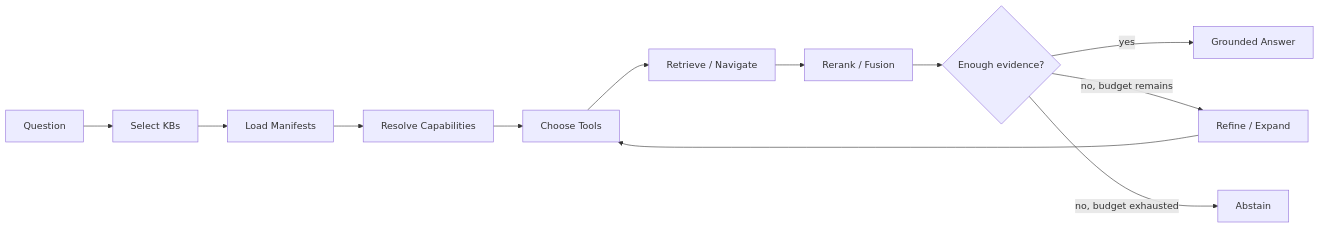
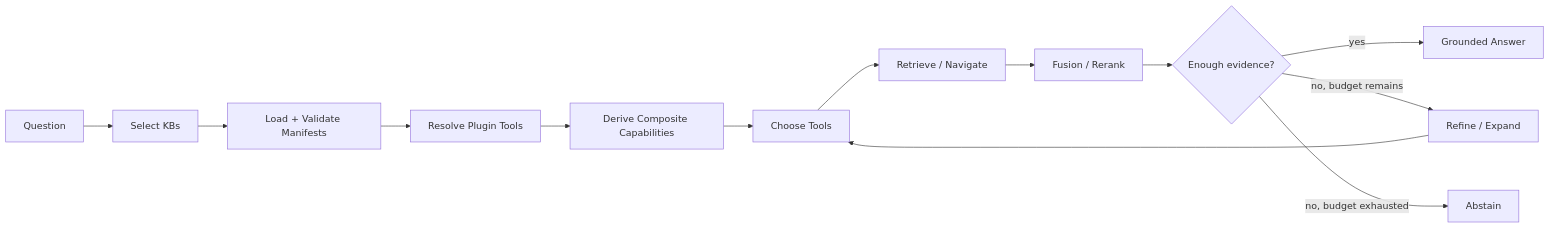
One commit to ferryhe/agentic-kb-chat changed the third of 3 diagrams in README.md. Above: the diagram before and after it, drawn with Mermaid. The commit also changed other lines of this file, not shown here.

Commit message:
Clarify plugin and manifest contracts for issue #2

````diff
--- a/README.md
+++ b/README.md
@@ -604,19 +670,20 @@
 ```mermaid
 flowchart LR
     Q[Question]
     ROUTE[Select KBs]
-    M[Load Manifests]
-    CAP[Resolve Capabilities]
+    M[Load + Validate Manifests]
+    CAP[Resolve Plugin Tools]
+    COMP[Derive Composite Capabilities]
     PLAN[Choose Tools]
     RET[Retrieve / Navigate]
-    RR[Rerank / Fusion]
+    RR[Fusion / Rerank]
     SUF{Enough evidence?}
     RETRY[Refine / Expand]
     ANS[Grounded Answer]
     ABS[Abstain]
 
-    Q --> ROUTE --> M --> CAP --> PLAN --> RET --> RR --> SUF
+    Q --> ROUTE --> M --> CAP --> COMP --> PLAN --> RET --> RR --> SUF
     SUF -->|yes| ANS
     SUF -->|no, budget remains| RETRY --> PLAN
     SUF -->|no, budget exhausted| ABS
 ```
````
